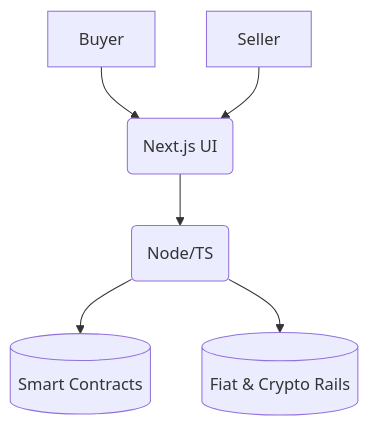
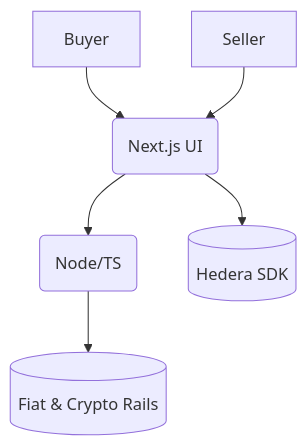
One commit to elshaddaioheha/0hehaebib1 changed the second of 5 diagrams in PROFILE_README.md. Above: the diagram before and after it, drawn with Mermaid. The commit also changed other lines of this file and 16 other files, not shown here.

````diff
--- a/PROFILE_README.md
+++ b/PROFILE_README.md
@@ -39,8 +38,8 @@
 ```mermaid
 graph TD;
   Buyer-->Web(Next.js UI);
   Seller-->Web;
   Web-->API(Node/TS);
-  API-->Chain[(Smart Contracts)];
+  Web-->Ledger[(Hedera SDK)];
   API-->Payments[(Fiat & Crypto Rails)];
 ```
````
